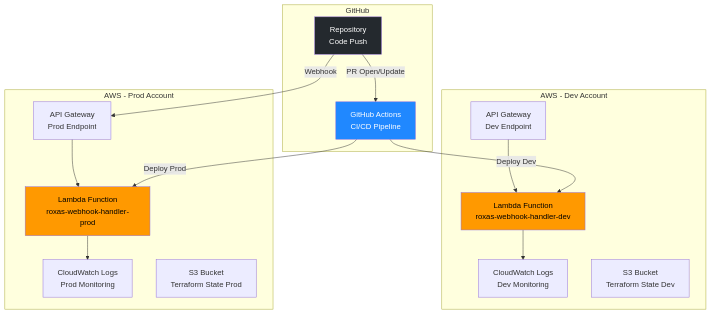
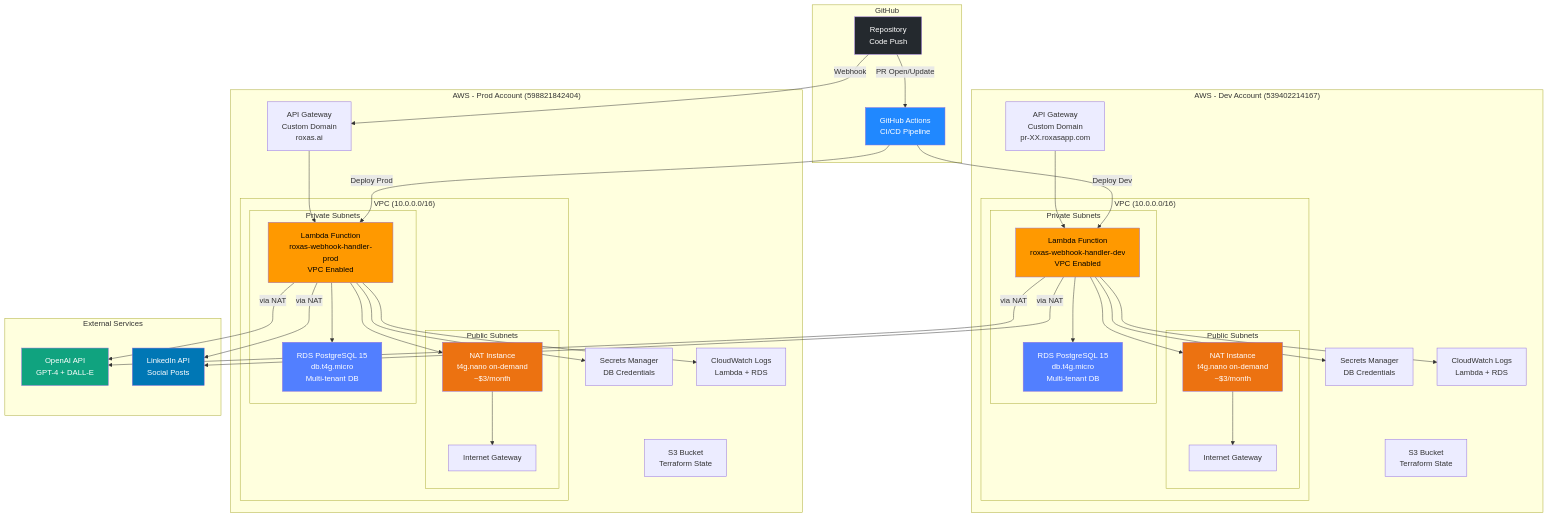
Before and after one commit to michaellady/roxas: the third of 4 diagrams in README.md, drawn with Mermaid.

Commit message:
Update infrastructure diagram with VPC, NAT instance, RDS, and Secrets Manager

````diff
--- a/README.md
+++ b/README.md
@@ -87,24 +87,61 @@
         Actions[GitHub Actions<br/>CI/CD Pipeline]
     end
 
-    subgraph "AWS - Dev Account"
-        APIGW_Dev[API Gateway<br/>Dev Endpoint]
-        Lambda_Dev[Lambda Function<br/>roxas-webhook-handler-dev]
-        CW_Dev[CloudWatch Logs<br/>Dev Monitoring]
-        S3_Dev[S3 Bucket<br/>Terraform State Dev]
+    subgraph "AWS - Dev Account (539402214167)"
+        subgraph "VPC (10.0.0.0/16)"
+            subgraph "Public Subnets"
+                NAT_Dev[NAT Instance<br/>t4g.nano on-demand<br/>~$3/month]
+                IGW_Dev[Internet Gateway]
+            end
+
+            subgraph "Private Subnets"
+                Lambda_Dev[Lambda Function<br/>roxas-webhook-handler-dev<br/>VPC Enabled]
+                RDS_Dev[RDS PostgreSQL 15<br/>db.t4g.micro<br/>Multi-tenant DB]
+            end
+        end
+
+        APIGW_Dev[API Gateway<br/>Custom Domain<br/>pr-XX.roxasapp.com]
+        Secrets_Dev[Secrets Manager<br/>DB Credentials]
+        CW_Dev[CloudWatch Logs<br/>Lambda + RDS]
+        S3_Dev[S3 Bucket<br/>Terraform State]
 
         APIGW_Dev --> Lambda_Dev
+        Lambda_Dev --> RDS_Dev
+        Lambda_Dev --> Secrets_Dev
+        Lambda_Dev --> NAT_Dev
+        NAT_Dev --> IGW_Dev
         Lambda_Dev --> CW_Dev
     end
 
-    subgraph "AWS - Prod Account"
-        APIGW_Prod[API Gateway<br/>Prod Endpoint]
-        Lambda_Prod[Lambda Function<br/>roxas-webhook-handler-prod]
-        CW_Prod[CloudWatch Logs<br/>Prod Monitoring]
-        S3_Prod[S3 Bucket<br/>Terraform State Prod]
+    subgraph "AWS - Prod Account (598821842404)"
+        subgraph "VPC (10.0.0.0/16)"
+            subgraph "Public Subnets"
+                NAT_Prod[NAT Instance<br/>t4g.nano on-demand<br/>~$3/month]
+                IGW_Prod[Internet Gateway]
+            end
+
+            subgraph "Private Subnets"
+                Lambda_Prod[Lambda Function<br/>roxas-webhook-handler-prod<br/>VPC Enabled]
+                RDS_Prod[RDS PostgreSQL 15<br/>db.t4g.micro<br/>Multi-tenant DB]
+            end
+        end
+
+        APIGW_Prod[API Gateway<br/>Custom Domain<br/>roxas.ai]
+        Secrets_Prod[Secrets Manager<br/>DB Credentials]
+        CW_Prod[CloudWatch Logs<br/>Lambda + RDS]
+        S3_Prod[S3 Bucket<br/>Terraform State]
 
         APIGW_Prod --> Lambda_Prod
+        Lambda_Prod --> RDS_Prod
+        Lambda_Prod --> Secrets_Prod
+        Lambda_Prod --> NAT_Prod
+        NAT_Prod --> IGW_Prod
         Lambda_Prod --> CW_Prod
+    end
+
+    subgraph "External Services"
+        OpenAI[OpenAI API<br/>GPT-4 + DALL-E]
+        LinkedIn[LinkedIn API<br/>Social Posts]
     end
 
     Repo -->|Webhook| APIGW_Prod
@@ -112,8 +149,19 @@
     Actions -->|Deploy Dev| Lambda_Dev
     Actions -->|Deploy Prod| Lambda_Prod
 
+    Lambda_Dev -->|via NAT| OpenAI
+    Lambda_Dev -->|via NAT| LinkedIn
+    Lambda_Prod -->|via NAT| OpenAI
+    Lambda_Prod -->|via NAT| LinkedIn
+
     style Repo fill:#24292e,color:#fff
     style Actions fill:#2088ff,color:#fff
     style Lambda_Dev fill:#ff9900,color:#000
     style Lambda_Prod fill:#ff9900,color:#000
+    style RDS_Dev fill:#527fff,color:#fff
+    style RDS_Prod fill:#527fff,color:#fff
+    style NAT_Dev fill:#ec7211,color:#fff
+    style NAT_Prod fill:#ec7211,color:#fff
+    style OpenAI fill:#10a37f,color:#fff
+    style LinkedIn fill:#0077b5,color:#fff
 ```
````
